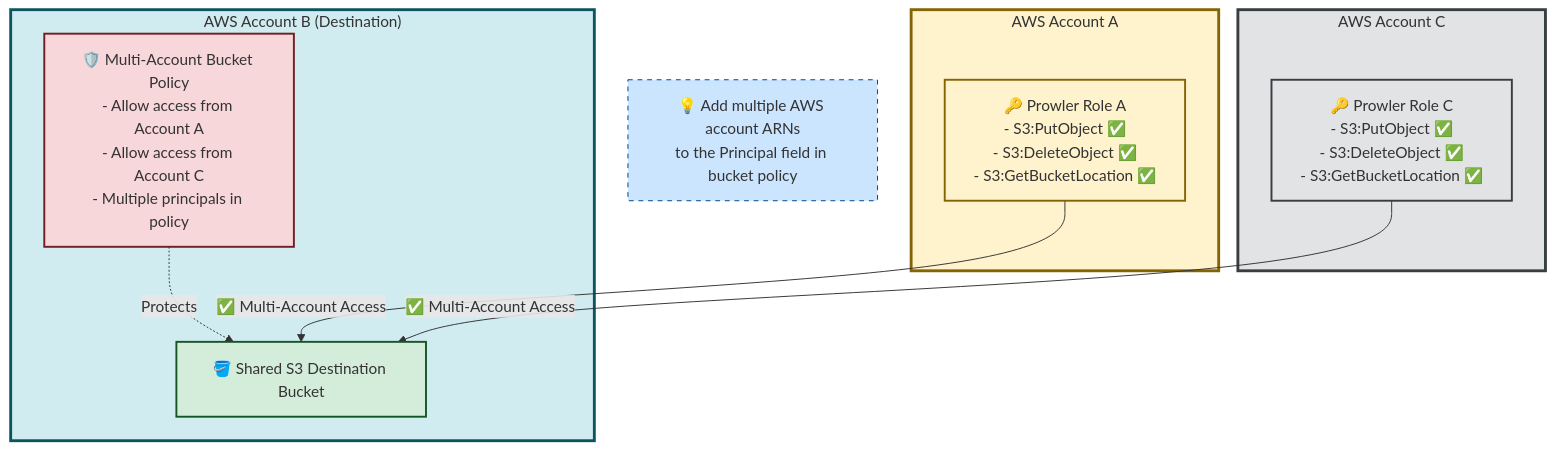
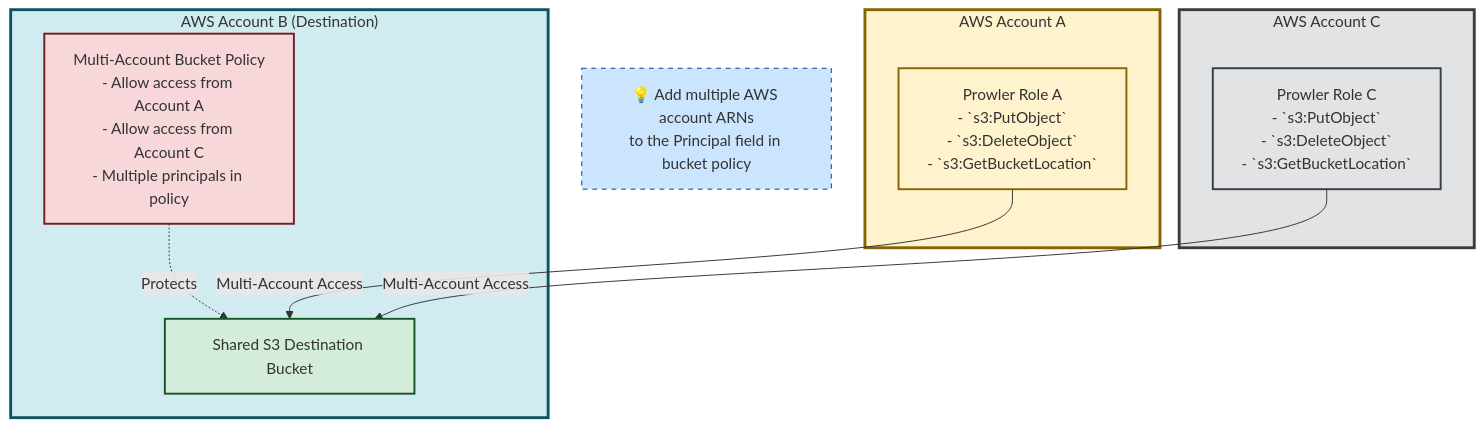
One commit to prowler-cloud/prowler changed the third of 3 diagrams in docs/tutorials/prowler-app-s3-integration.md. Above: the diagram before and after it, drawn with Mermaid. The commit also changed other lines of this file, not shown here.

````diff
--- a/docs/tutorials/prowler-app-s3-integration.md
+++ b/docs/tutorials/prowler-app-s3-integration.md
@@ -186,31 +183,30 @@
 ```mermaid
 graph TB
     subgraph AccountA["AWS Account A"]
-        RoleA["🔑 Prowler Role A<br/>- S3:PutObject ✅<br/>- S3:DeleteObject ✅<br/>- S3:GetBucketLocation ✅"]
+        RoleA["Prowler Role A<br/>- `s3:PutObject` <br/>- `s3:DeleteObject` <br/>- `s3:GetBucketLocation` "]
     end
 
     subgraph AccountC["AWS Account C"]
-        RoleC["🔑 Prowler Role C<br/>- S3:PutObject ✅<br/>- S3:DeleteObject ✅<br/>- S3:GetBucketLocation ✅"]
+        RoleC["Prowler Role C<br/>- `s3:PutObject` <br/>- `s3:DeleteObject` <br/>- `s3:GetBucketLocation` "]
     end
 
     subgraph AccountB["AWS Account B (Destination)"]
-        BucketB["🪣 Shared S3 Destination Bucket"]
-        PolicyB["🛡️ Multi-Account Bucket Policy<br/>- Allow access from Account A<br/>- Allow access from Account C<br/>- Multiple principals in policy"]
+        BucketB["Shared S3 Destination Bucket"]
+        PolicyB["Multi-Account Bucket Policy<br/>- Allow access from Account A<br/>- Allow access from Account C<br/>- Multiple principals in policy"]
 
         PolicyB -.->|"Protects"| BucketB
     end
-
-    RoleA -->|"✅ Multi-Account Access"| BucketB
-    RoleC -->|"✅ Multi-Account Access"| BucketB
+    RoleA -->|"Multi-Account Access"| BucketB
+    RoleC -->|"Multi-Account Access"| BucketB
 
     Info["💡 Add multiple AWS account ARNs<br/>to the Principal field in bucket policy"]
 
     style AccountA fill:#fff3cd,stroke:#856404,stroke-width:3px
     style AccountC fill:#e2e3e5,stroke:#383d41,stroke-width:3px
     style AccountB fill:#d1ecf1,stroke:#0c5460,stroke-width:3px
     style RoleA fill:#fff3cd,stroke:#856404,stroke-width:2px
     style RoleC fill:#e2e3e5,stroke:#383d41,stroke-width:2px
     style BucketB fill:#d4edda,stroke:#155724,stroke-width:2px
     style PolicyB fill:#f8d7da,stroke:#721c24,stroke-width:2px
     style Info fill:#cce5ff,stroke:#004085,stroke-width:1px,stroke-dasharray: 5 5
 ```
````
